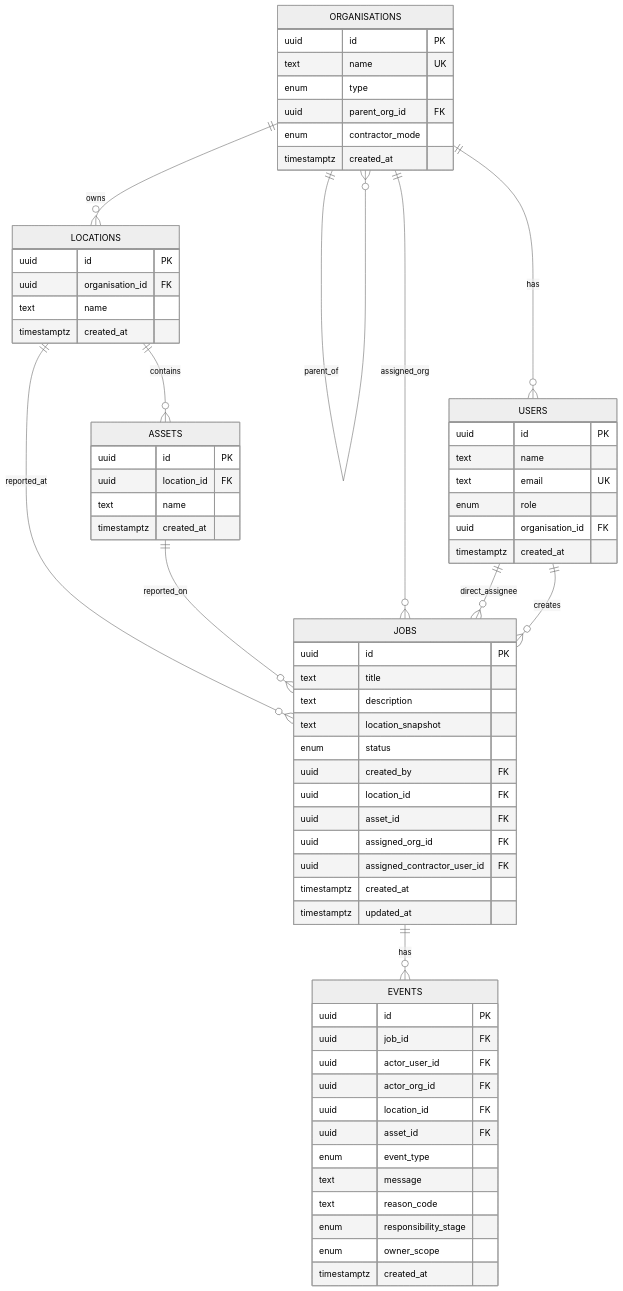
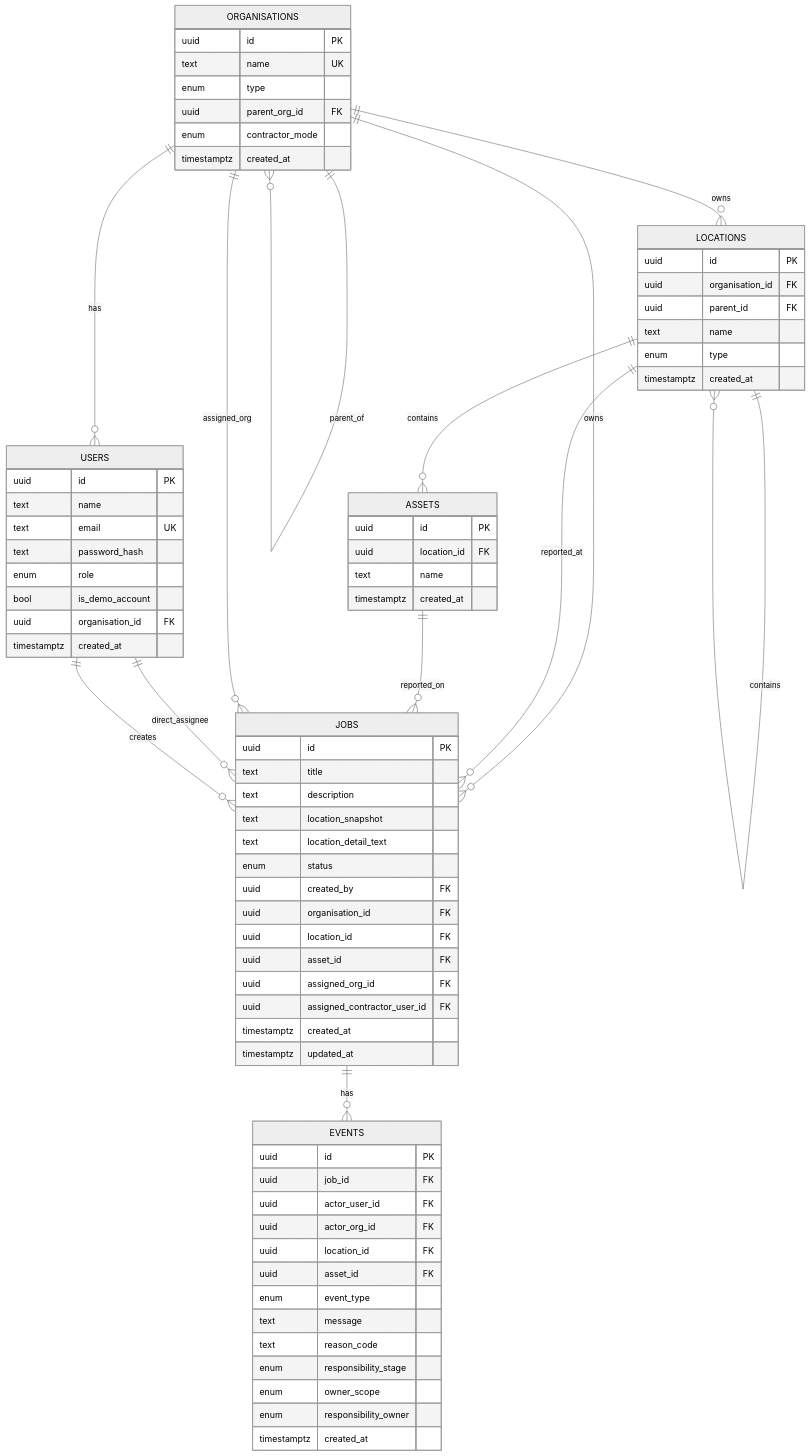
Before and after one commit to papa-halan/fixhub-v1_r: the first of 2 diagrams in README.md, drawn with Mermaid (neutral theme). The commit also changed other lines of this file and 56 other files, not shown here.

```diff
--- a/README.md
+++ b/README.md
@@ -71,7 +52,9 @@
         uuid id PK
         text name
         text email UK
+        text password_hash
         enum role
+        bool is_demo_account
         uuid organisation_id FK
         timestamptz created_at
     }
@@ -79,7 +62,9 @@
     LOCATIONS {
         uuid id PK
         uuid organisation_id FK
+        uuid parent_id FK
         text name
+        enum type
         timestamptz created_at
     }
 
@@ -95,8 +80,10 @@
         text title
         text description
         text location_snapshot
+        text location_detail_text
         enum status
         uuid created_by FK
+        uuid organisation_id FK
         uuid location_id FK
         uuid asset_id FK
         uuid assigned_org_id FK
@@ -117,13 +104,16 @@
         text reason_code
         enum responsibility_stage
         enum owner_scope
+        enum responsibility_owner
         timestamptz created_at
     }
 
     ORGANISATIONS ||--o{ ORGANISATIONS : parent_of
     ORGANISATIONS ||--o{ USERS : has
     ORGANISATIONS ||--o{ LOCATIONS : owns
+    LOCATIONS ||--o{ LOCATIONS : contains
     LOCATIONS ||--o{ ASSETS : contains
+    ORGANISATIONS ||--o{ JOBS : owns
     LOCATIONS ||--o{ JOBS : reported_at
     ASSETS ||--o{ JOBS : reported_on
     ORGANISATIONS ||--o{ JOBS : assigned_org
```
